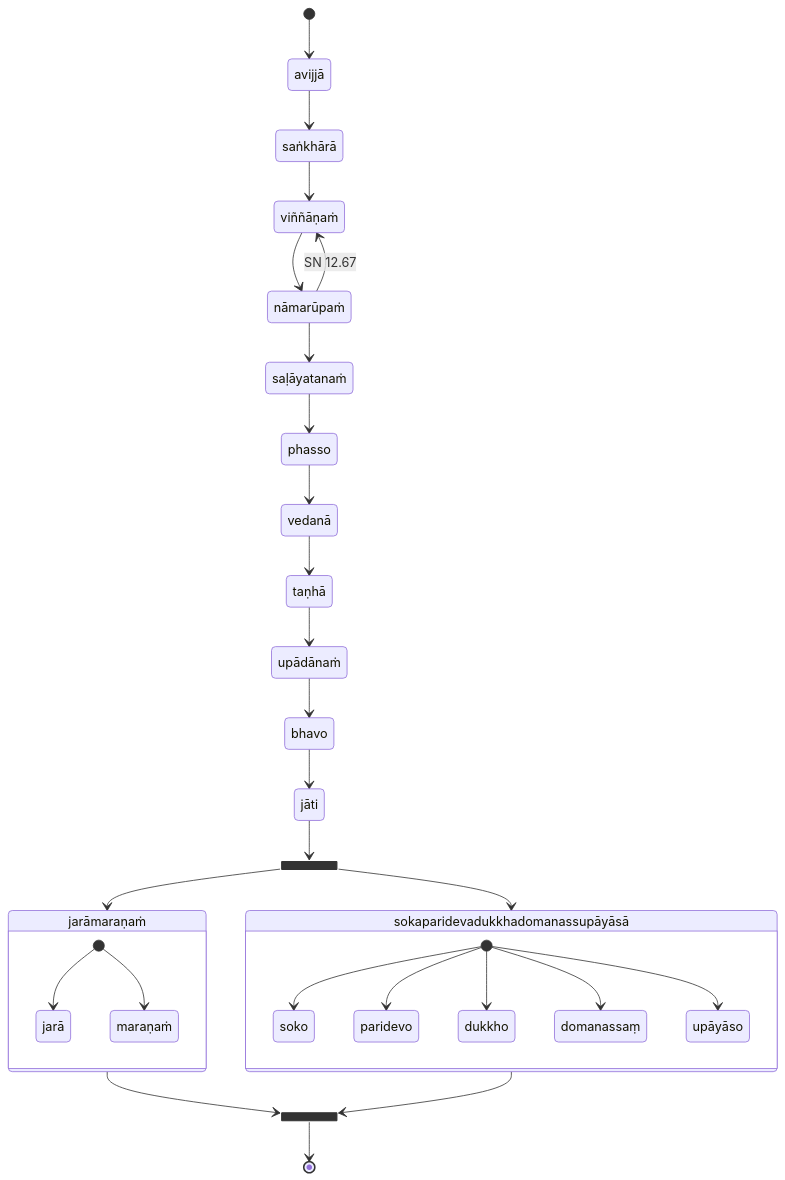
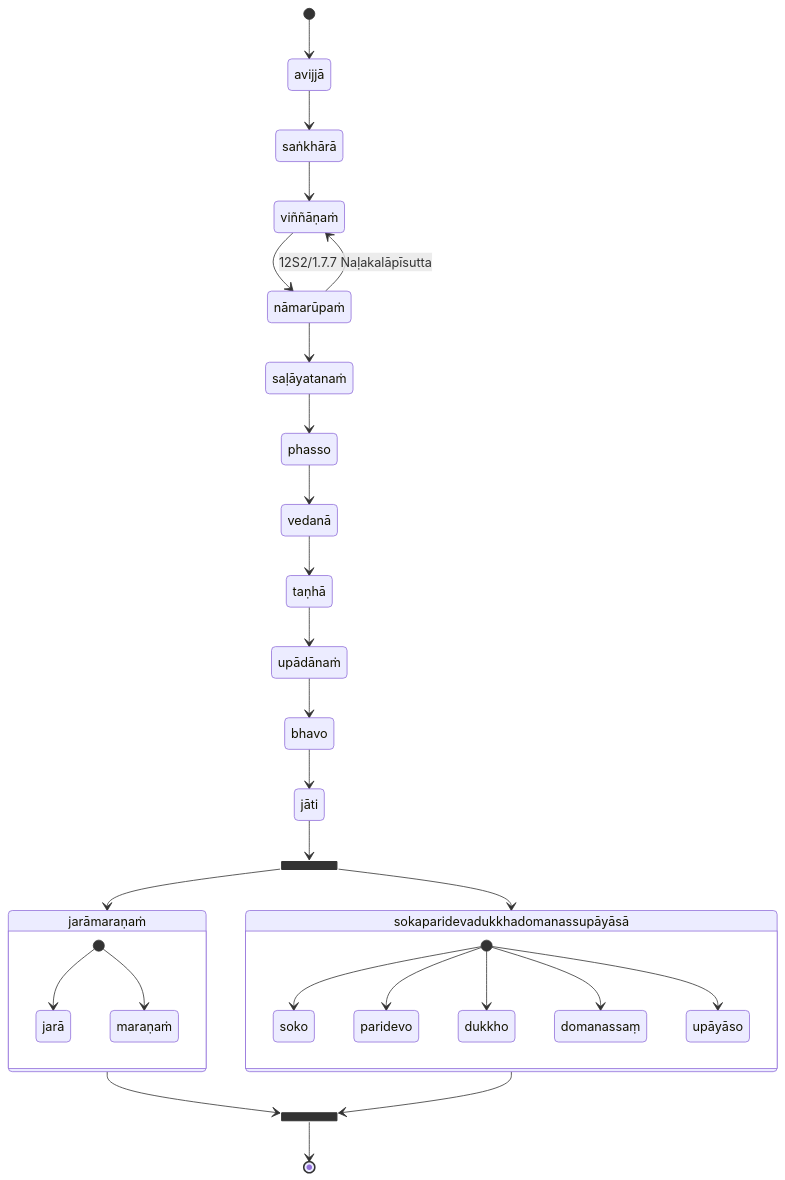
Before and after one commit to ChristineTham/buddhavacana: the first of 22 diagrams in src/content/docs/Sutta/deporig.mdx, drawn with Mermaid. The commit also changed other lines of this file and 2 other files, not shown here.

Commit message:
fix: the articles and the textbook status cite texts by the edition's references
The Evolution article, the Dependent Origination page and the textbook's
status table named suttas by SuttaCentral numbers (DN 3, MN 123, SN 12.67,
AN 3.136 …), which the site does not use. They now give the World
Tipiṭaka Edition's references (6D/3 Ambaṭṭhasutta, 11M/3.3, 12S2/1.7.7
Naḷakalāpīsutta, 15A3/3.4.4 Uppādāsutta …), and the Chinese parallels of
the Majjhima suttas are cited as CBETA cites them: 未曾有法經 and 薄拘羅經
in fascicle 8 of the 中阿含經 (T01, no. 26, pp. 469c and 475a),
大拘絺羅經 and 法樂比丘尼經 in fascicle 58 (pp. 790b and 788a). The
article's "MA 44" for the Cūḷavedalla parallel was a slip for 法樂比丘尼經
(MA 44 is 念經, a parallel of an Aṅguttara sutta); the Mahāvedalla
parallel is the second 大拘絺羅經, in fascicle 58, not the one in
fascicle 7.

````diff
--- a/src/content/docs/Sutta/deporig.mdx
+++ b/src/content/docs/Sutta/deporig.mdx
@@ -308,34 +308,34 @@
 ```mermaid
 stateDiagram-v2
   [*] --> avijjā
   state fork_state <<fork>>
   state join_state <<join>>
   avijjā --> saṅkhārā
   saṅkhārā --> viññāṇaṁ
   viññāṇaṁ --> nāmarūpaṁ
-  nāmarūpaṁ --> viññāṇaṁ : SN 12.67
+  nāmarūpaṁ --> viññāṇaṁ : 12S2/1.7.7 Naḷakalāpīsutta
   nāmarūpaṁ --> saḷāyatanaṁ
   saḷāyatanaṁ --> phasso
   phasso --> vedanā
   vedanā --> taṇhā
   taṇhā --> upādānaṁ
   upādānaṁ --> bhavo
   bhavo --> jāti
   jāti --> fork_state
   fork_state --> jarāmaraṇaṁ
   fork_state --> sokaparidevadukkhadomanassupāyāsā
   jarāmaraṇaṁ --> join_state
   sokaparidevadukkhadomanassupāyāsā --> join_state
   state jarāmaraṇaṁ {
     [*] --> jarā
     [*] --> maraṇaṁ
   }
   state sokaparidevadukkhadomanassupāyāsā {
     [*] --> soko
     [*] --> paridevo
     [*] --> dukkho
     [*] --> domanassaṃ
     [*] --> upāyāso
   }
   join_state --> [*]
 ```
````
